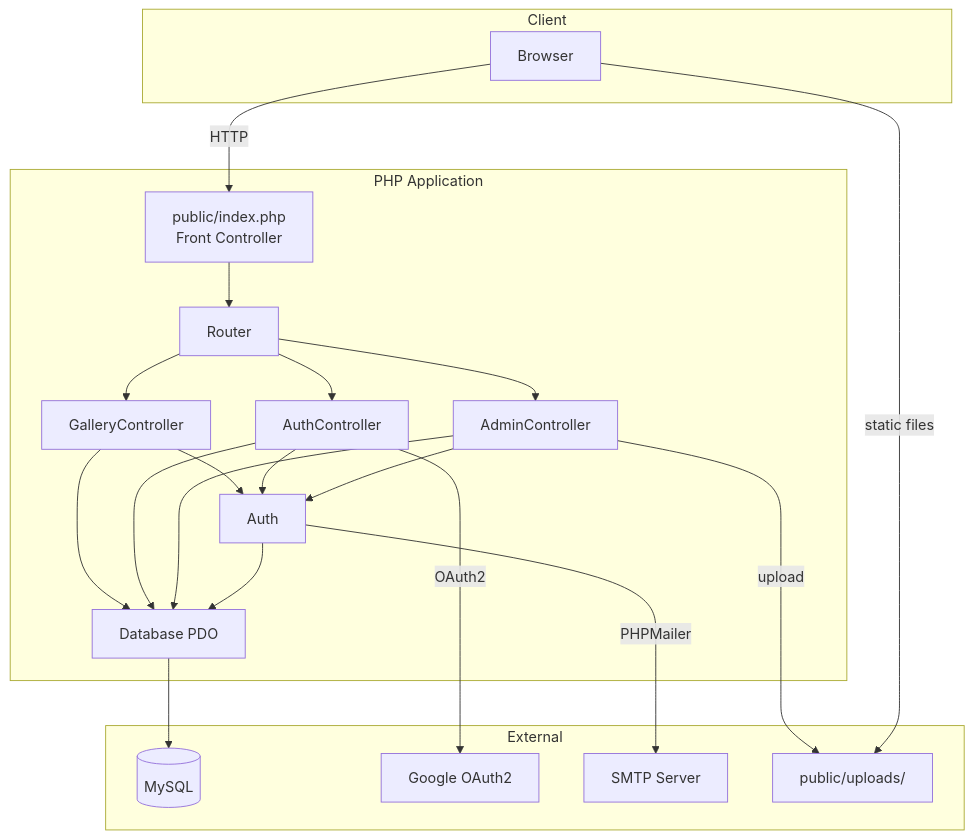
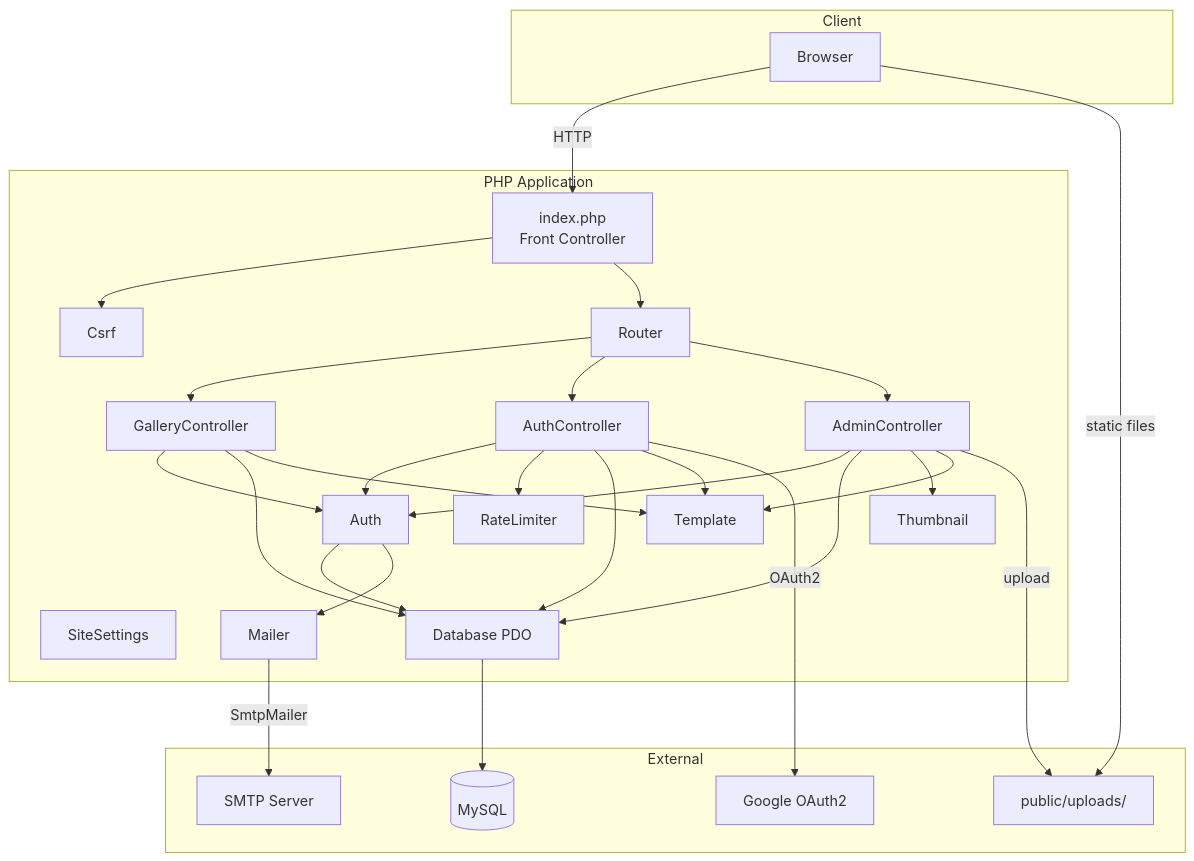
The first of 14 diagrams in doc/DEVELOPER.md (robsartin/heirloom), drawn with Mermaid before and after one commit. The commit also changed other lines of this file, not shown here.

First line of the commit message:
Add PHPDoc to all source files and update Mermaid diagrams

````diff
--- a/doc/DEVELOPER.md
+++ b/doc/DEVELOPER.md
@@ -5,41 +5,54 @@
 ```mermaid
 graph TB
     subgraph Client
         Browser[Browser]
     end
 
     subgraph Server["PHP Application"]
-        FC[public/index.php\nFront Controller]
+        FC[index.php\nFront Controller]
+        CSRF[Csrf]
         Router[Router]
         Auth[Auth]
+        RL[RateLimiter]
+        SS[SiteSettings]
         GC[GalleryController]
         AC[AuthController]
         ADC[AdminController]
         DB[Database PDO]
+        ML[Mailer]
+        TH[Thumbnail]
+        TPL[Template]
     end
 
     subgraph External
         MySQL[(MySQL)]
         Google[Google OAuth2]
         SMTP[SMTP Server]
         Uploads[public/uploads/]
     end
 
     Browser -->|HTTP| FC
+    FC --> CSRF
     FC --> Router
     Router --> GC
     Router --> AC
     Router --> ADC
     GC --> Auth
     AC --> Auth
+    AC --> RL
     ADC --> Auth
     GC --> DB
     AC --> DB
     ADC --> DB
     Auth --> DB
+    Auth --> ML
+    ADC --> TH
+    GC --> TPL
+    AC --> TPL
+    ADC --> TPL
     DB --> MySQL
     AC -->|OAuth2| Google
-    Auth -->|PHPMailer| SMTP
+    ML -->|SmtpMailer| SMTP
     ADC -->|upload| Uploads
     Browser -->|static files| Uploads
 ```
````
